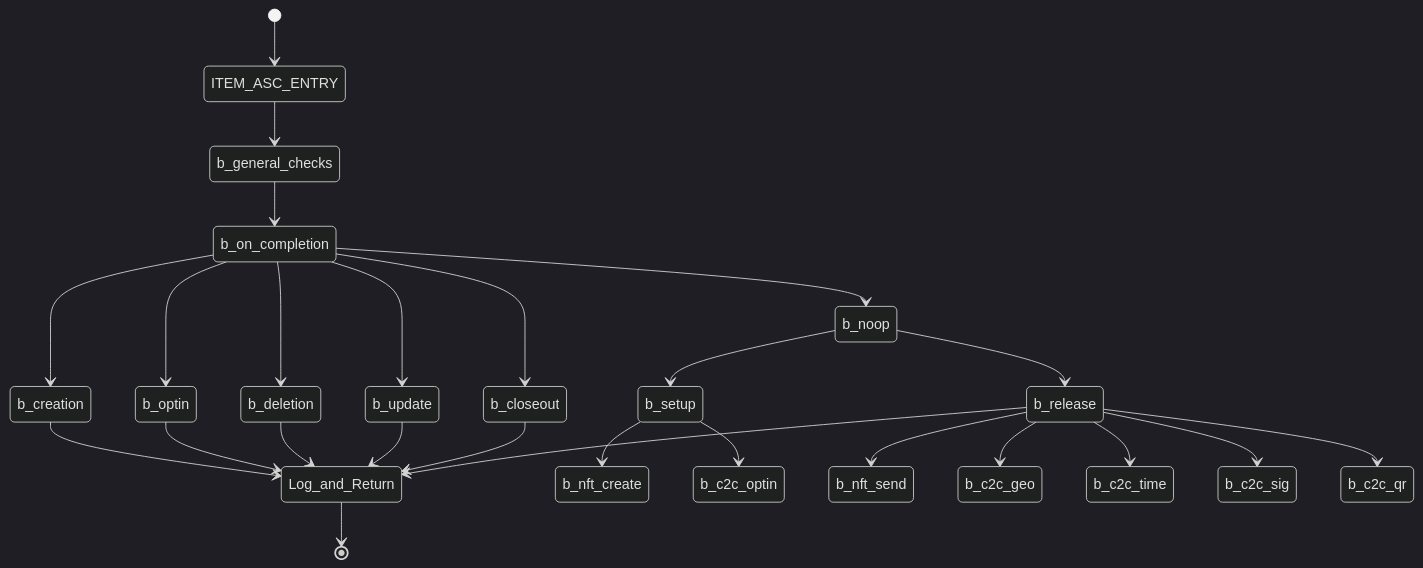
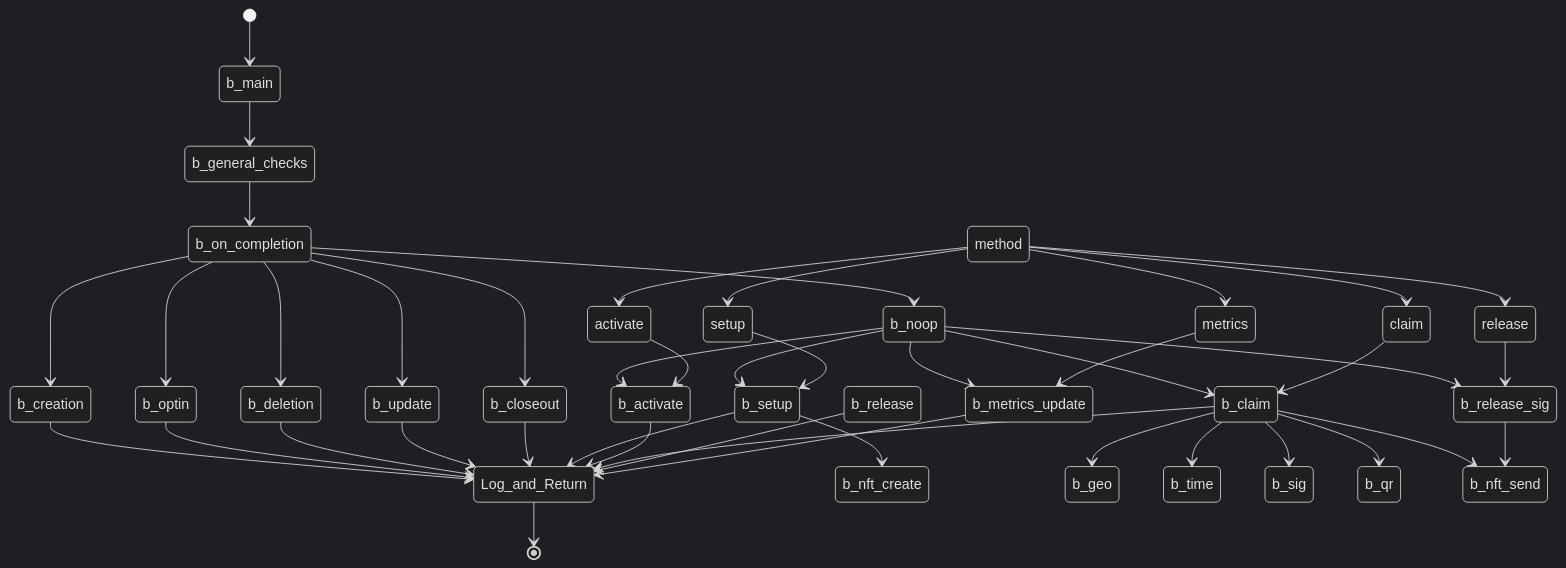
Before and after one commit to GoPlausible/.github: the eighth of 9 diagrams in profile/README.md, drawn with Mermaid (dark theme). The commit also changed other lines of this file, not shown here.

````diff
--- a/profile/README.md
+++ b/profile/README.md
@@ -223,31 +256,54 @@
 ```mermaid
   stateDiagram-v2
-    [*] --> ITEM_ASC_ENTRY
-    ITEM_ASC_ENTRY --> b_general_checks
+    [*] --> b_main
+    b_main --> b_general_checks
     b_general_checks --> b_on_completion
+    
     b_on_completion --> b_creation
     b_creation --> Log_and_Return
     b_on_completion --> b_optin
     b_optin --> Log_and_Return
     b_on_completion --> b_deletion
     b_deletion --> Log_and_Return
     b_on_completion --> b_update
     b_update --> Log_and_Return
     b_on_completion --> b_closeout
     b_closeout --> Log_and_Return
+
     b_on_completion --> b_noop
     b_noop --> b_setup
+    method --> setup
+    setup --> b_setup
     b_setup --> b_nft_create
-    b_setup --> b_c2c_optin
-    b_noop --> b_release
-    b_release --> b_nft_send
-    b_release --> b_c2c_geo
-    b_release --> b_c2c_time
-    b_release --> b_c2c_sig
-    b_release --> b_c2c_qr
+    b_setup --> Log_and_Return
+
+    b_noop --> b_activate
+    method --> activate
+    activate --> b_activate
+    b_activate --> Log_and_Return
+
+    b_noop --> b_claim
+    method --> claim
+    claim --> b_claim
+
+    b_claim --> b_geo
+    b_claim --> b_time
+    b_claim --> b_sig
+    b_claim --> b_qr
+    b_claim --> b_nft_send
+    b_claim --> Log_and_Return
+
+    b_noop --> b_release_sig
+    method --> release
+    release --> b_release_sig
+    b_release_sig --> b_nft_send
     b_release --> Log_and_Return
    
+    b_noop --> b_metrics_update
+    method --> metrics
+    metrics --> b_metrics_update
+    b_metrics_update --> Log_and_Return
     
     Log_and_Return --> [*]
     
 ```
````
